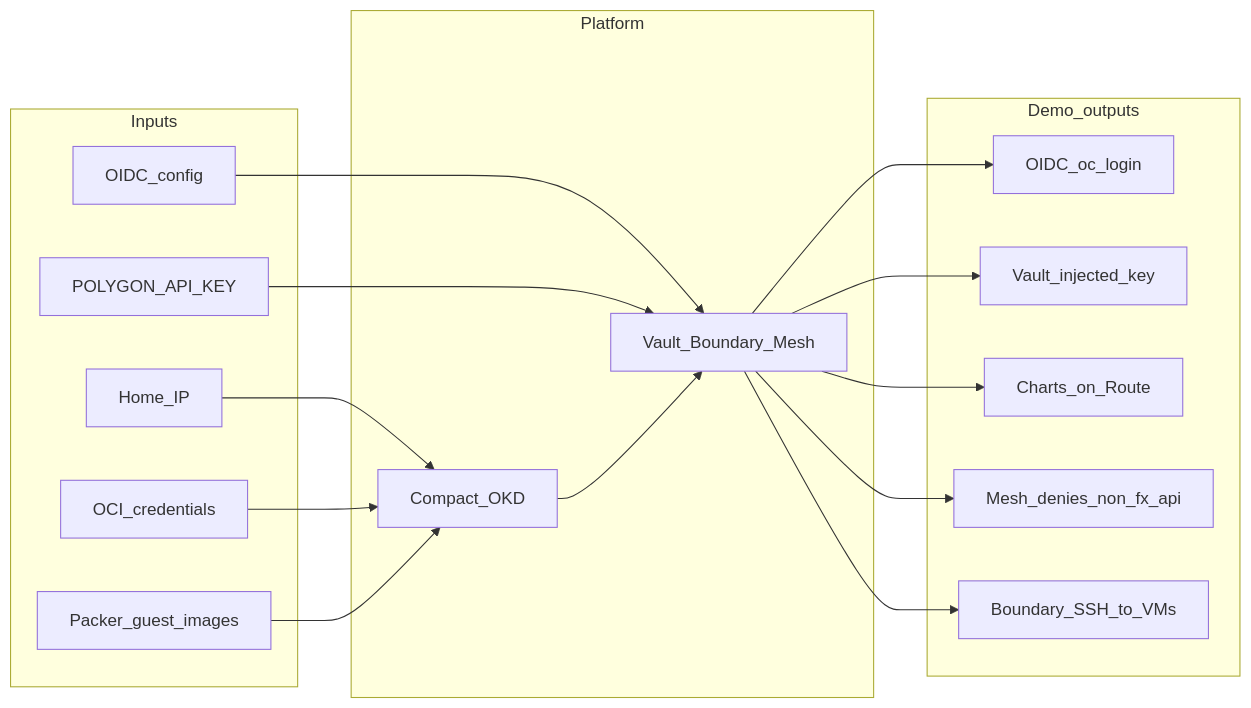
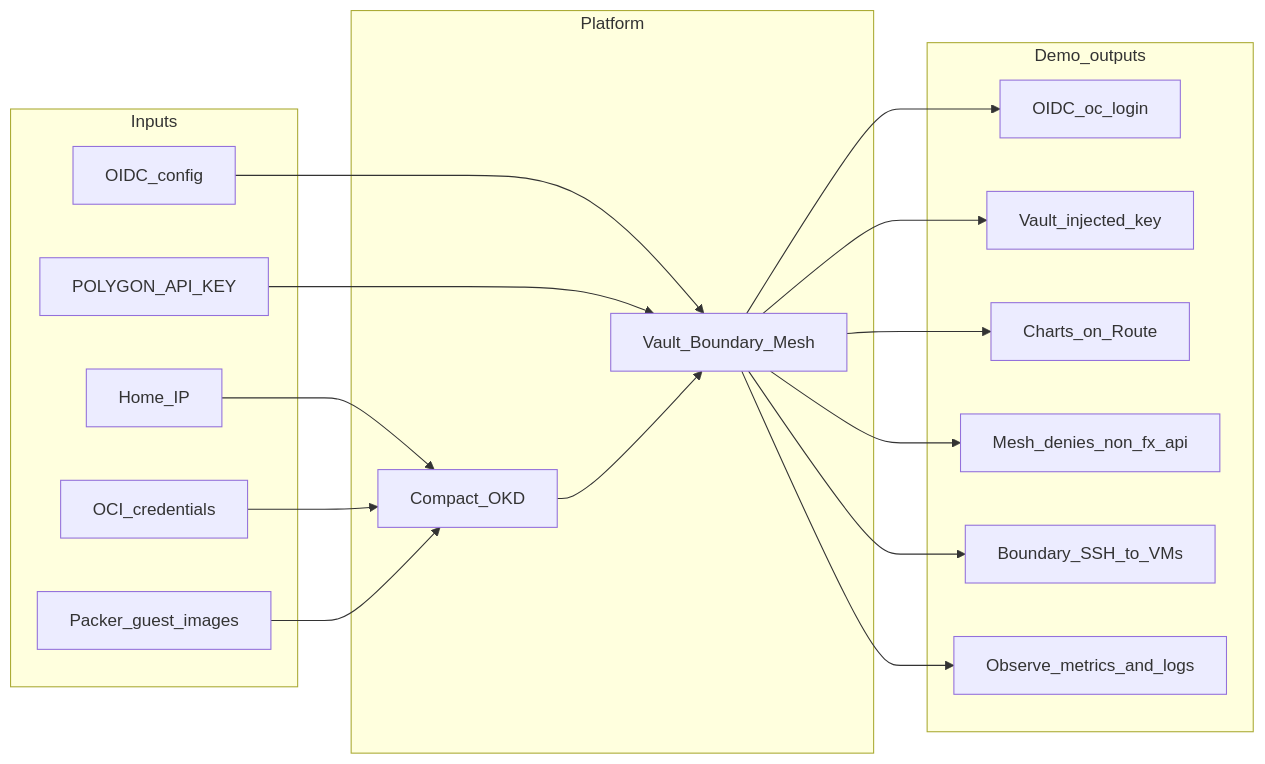
One commit to sfd-markets/cv changed the eighth of 8 diagrams in _portfolio/vps-devops-lab.md. Above: the diagram before and after it, drawn with Mermaid. The commit also changed other lines of this file, not shown here.

````diff
--- a/_portfolio/vps-devops-lab.md
+++ b/_portfolio/vps-devops-lab.md
@@ -322,35 +393,37 @@
 ```mermaid
 flowchart LR
   subgraph inputs [Inputs]
     homeIP[Home_IP]
     tfCreds[OCI_credentials]
     oidc[OIDC_config]
     secret[POLYGON_API_KEY]
     images[Packer_guest_images]
   end
 
   subgraph platform [Platform]
     okd[Compact_OKD]
     zt[Vault_Boundary_Mesh]
   end
 
   subgraph outputs [Demo_outputs]
     o1[OIDC_oc_login]
     o2[Vault_injected_key]
     o3[Charts_on_Route]
     o4[Mesh_denies_non_fx_api]
     o5[Boundary_SSH_to_VMs]
+    o6[Observe_metrics_and_logs]
   end
 
   homeIP --> okd
   tfCreds --> okd
   oidc --> zt
   secret --> zt
   images --> okd
   okd --> zt
   zt --> o1
   zt --> o2
   zt --> o3
   zt --> o4
   zt --> o5
+  zt --> o6
 ```
````
